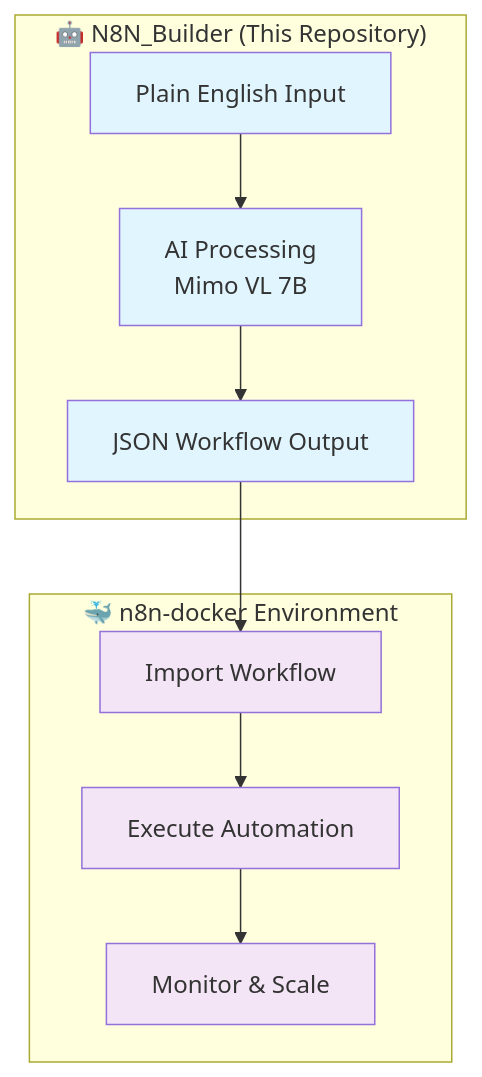
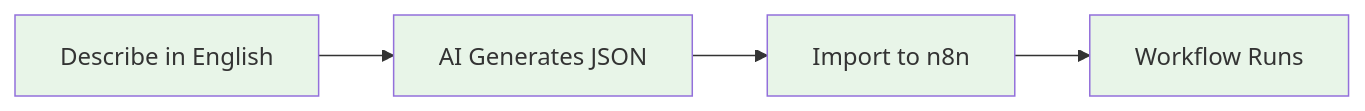
One commit to vbwyrde/N8N_Builder changed the diagram in README.md. Above: the diagram before and after it, drawn with Mermaid. The commit also changed other lines of this file and 27 other files, not shown here.

````diff
--- a/README.md
+++ b/README.md
@@ -9,23 +15,9 @@
 ```mermaid
-graph TB
-    subgraph "🤖 N8N_Builder (This Repository)"
-        A[Plain English Input]
-        B[AI Processing<br/>Mimo VL 7B]
-        C[JSON Workflow Output]
-    end
+graph LR
+    A[Describe in English] --> B[AI Generates JSON]
+    B --> C[Import to n8n]
+    C --> D[Workflow Runs]
 
-    subgraph "🐳 n8n-docker Environment"
-        D[Import Workflow]
-        E[Execute Automation]
-        F[Monitor & Scale]
-    end
-
-    A --> B --> C
-    C --> D --> E --> F
-
-    classDef generator fill:#e1f5fe
-    classDef executor fill:#f3e5f5
-
-    class A,B,C generator
-    class D,E,F executor
+    classDef process fill:#e8f5e8
+    class A,B,C,D process
 ```
````
